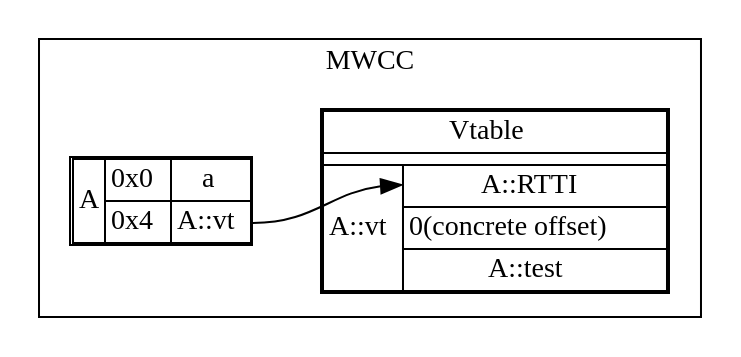
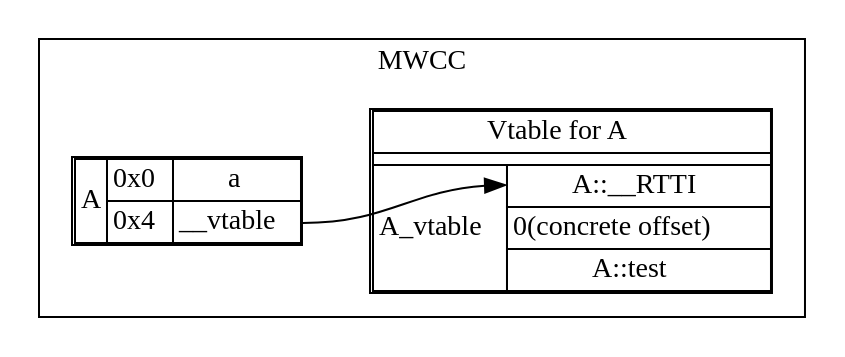
Before and after one commit to SephDB/mwcc-abi: the second of 3 diagrams in docs/vtable_basic.md, drawn with Graphviz. The commit also changed other lines of this file and 1 other file, not shown here.

````diff
--- a/docs/vtable_basic.md
+++ b/docs/vtable_basic.md
@@ -71,24 +71,24 @@
 ```dot
 
 digraph G {
     rankdir=TB;
     node [shape=none];
     
     subgraph cluster_mwcc {
         label="MWCC";
         {rank=same;
         A [label=<<table cellspacing="0">
             <tr><td rowspan="2">A</td><td>0x0</td><td>a</td></tr>
-            <tr><td>0x4</td><td port="A_vtable">A::vt</td></tr>
+            <tr><td>0x4</td><td port="A_vtable">__vtable</td></tr>
         </table>>];
         A_vt [label=<<table cellspacing="0">
-            <tr><td colspan="2">Vtable</td></tr><tr><td colspan="2"></td></tr>
-            <tr><td rowspan="3">A::vt</td><td port="A_RTTI">A::RTTI</td></tr>
+            <tr><td colspan="2">Vtable for A</td></tr><tr><td colspan="2"></td></tr>
+            <tr><td rowspan="3">A_vtable</td><td port="A_RTTI">A::__RTTI</td></tr>
             <tr><td>0(concrete offset)</td></tr>
             <tr><td port="A_test">A::test</td></tr>
         </table>>];
         }
         A:A_vtable -> A_vt:A_RTTI:w;
     }
 }
 ```
````
